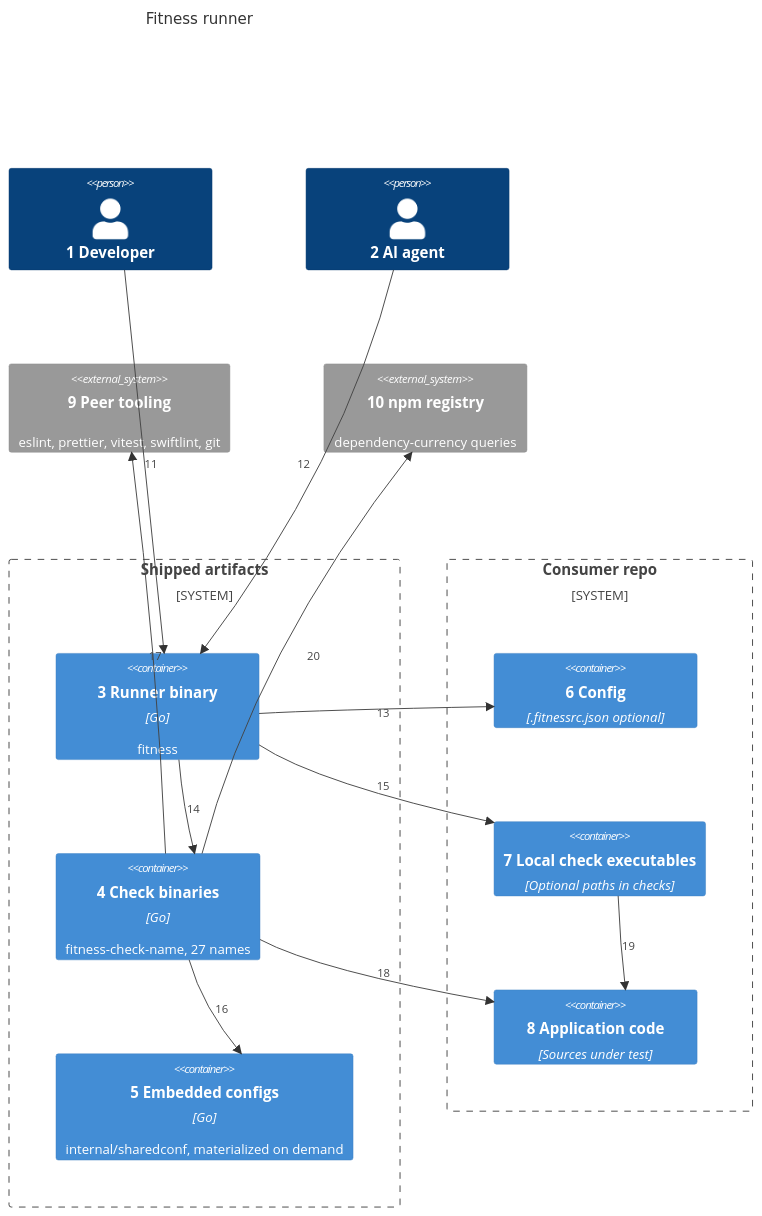
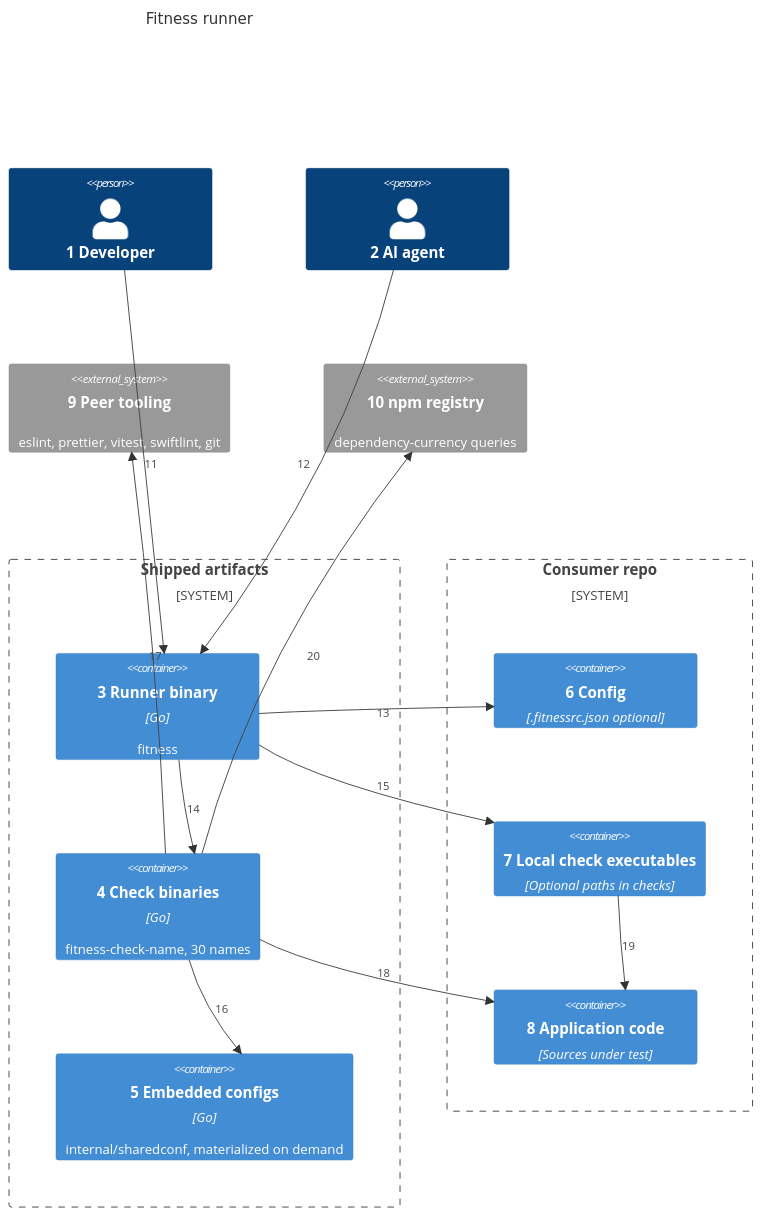
One commit to may-journal/fitness-runner changed the first of 2 diagrams in docs/architecture/02-containers.md. Above: the diagram before and after it, drawn with Mermaid. The commit also changed other lines of this file and 4 other files, not shown here.

Commit message:
docs(architecture): counts, layout tree, index links, and a broken README link

````diff
--- a/docs/architecture/02-containers.md
+++ b/docs/architecture/02-containers.md
@@ -7,33 +7,33 @@
 ```mermaid
 C4Container
     title Fitness runner
 
     Person(developer, "1 Developer")
     Person(agent, "2 AI agent")
 
     System_Boundary(ship, "Shipped artifacts") {
         Container(cli, "3 Runner binary", "Go", "fitness")
-        Container(checks, "4 Check binaries", "Go", "fitness-check-name, 27 names")
+        Container(checks, "4 Check binaries", "Go", "fitness-check-name, 30 names")
         Container(shared, "5 Embedded configs", "Go", "internal/sharedconf, materialized on demand")
     }
 
     System_Boundary(consumer, "Consumer repo") {
         Container(rc, "6 Config", ".fitnessrc.json optional")
         Container(localChecks, "7 Local check executables", "Optional paths in checks")
         Container(code, "8 Application code", "Sources under test")
     }
 
     System_Ext(tools, "9 Peer tooling", "eslint, prettier, vitest, swiftlint, git")
     System_Ext(registry, "10 npm registry", "dependency-currency queries")
 
     Rel(developer, cli, "11")
     Rel(agent, cli, "12")
     Rel(cli, rc, "13")
     Rel(cli, checks, "14")
     Rel(cli, localChecks, "15")
     Rel(checks, shared, "16")
     Rel(checks, tools, "17")
     Rel(checks, code, "18")
     Rel(localChecks, code, "19")
     Rel(checks, registry, "20")
 ```
````
